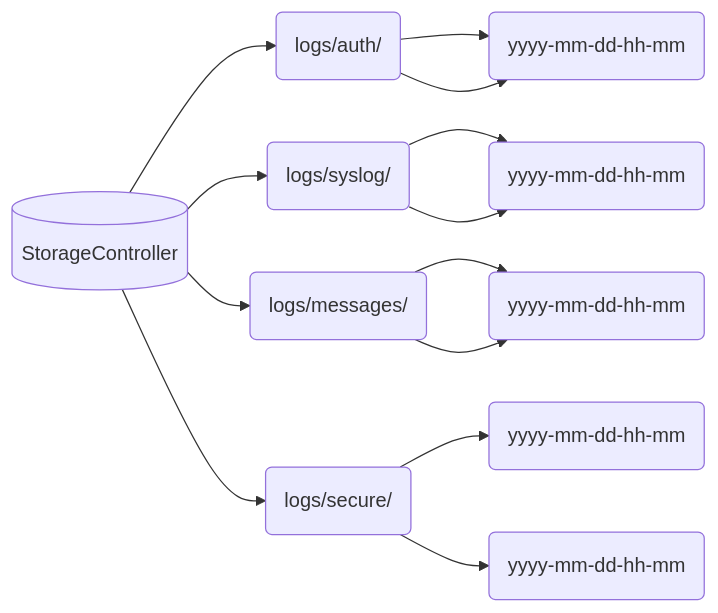
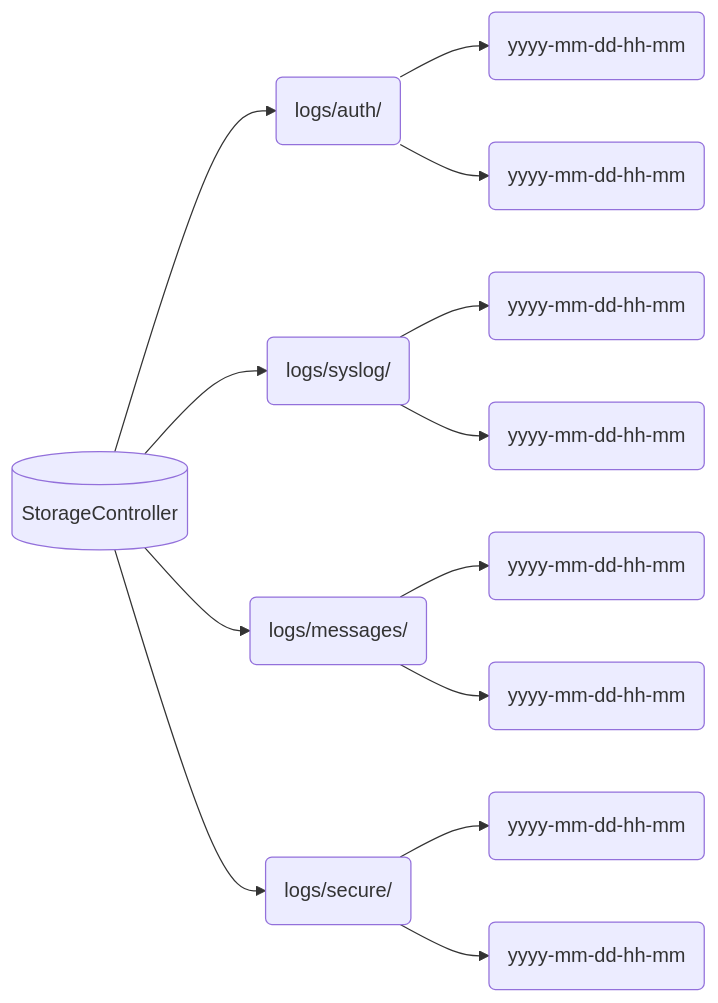
Before and after one commit to endepointe/watchlog: the second of 2 diagrams in docs/README.md, drawn with Mermaid.

````diff
--- a/docs/README.md
+++ b/docs/README.md
@@ -129,15 +129,15 @@
 ```mermaid
 graph LR
 S[(StorageController)] --> l1(logs/auth/)
 S --> l2(logs/syslog/)
 S --> l3(logs/messages/)
 S --> l4(logs/secure/)
 l1 --> h1(yyyy-mm-dd-hh-mm)
-l1 --> h1(yyyy-mm-dd-hh-mm)
-l2 --> h2(yyyy-mm-dd-hh-mm)
-l2 --> h2(yyyy-mm-dd-hh-mm)
-l3 --> h3(yyyy-mm-dd-hh-mm)
-l3 --> h3(yyyy-mm-dd-hh-mm)
-l4 --> h4(yyyy-mm-dd-hh-mm)
-l4 --> h5(yyyy-mm-dd-hh-mm)
+l1 --> h2(yyyy-mm-dd-hh-mm)
+l2 --> h3(yyyy-mm-dd-hh-mm)
+l2 --> h4(yyyy-mm-dd-hh-mm)
+l3 --> h5(yyyy-mm-dd-hh-mm)
+l3 --> h6(yyyy-mm-dd-hh-mm)
+l4 --> h7(yyyy-mm-dd-hh-mm)
+l4 --> h8(yyyy-mm-dd-hh-mm)
 ```
````
